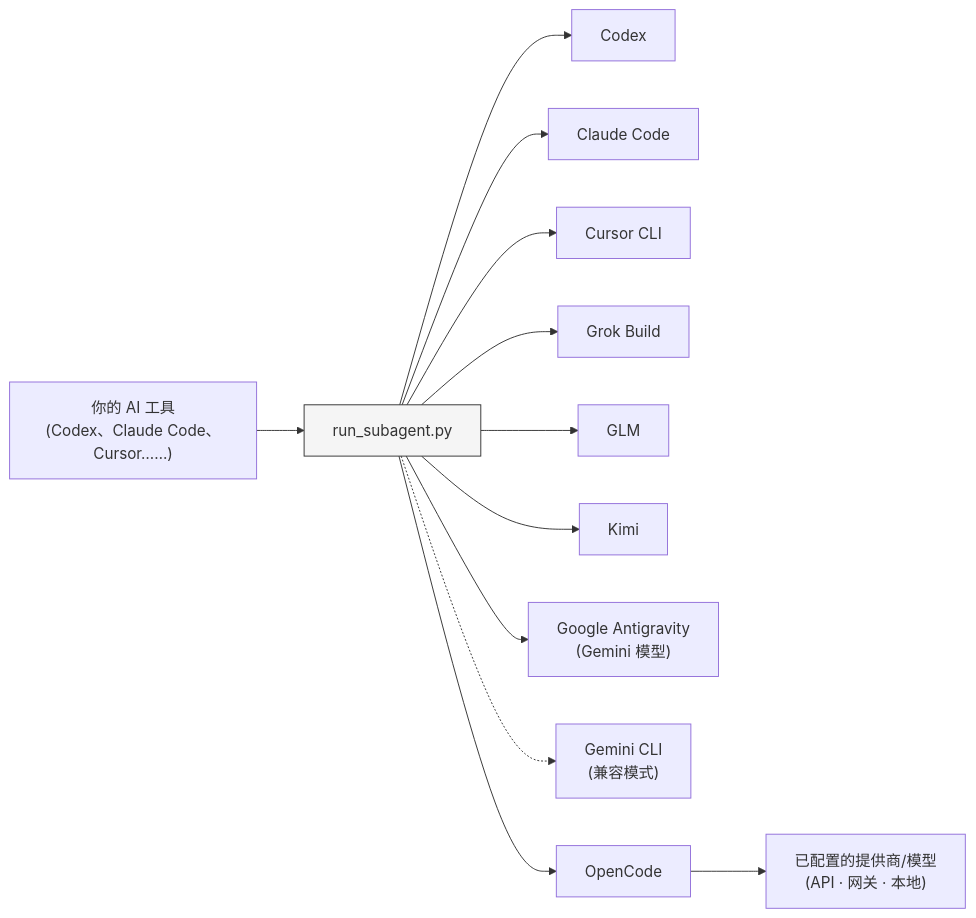
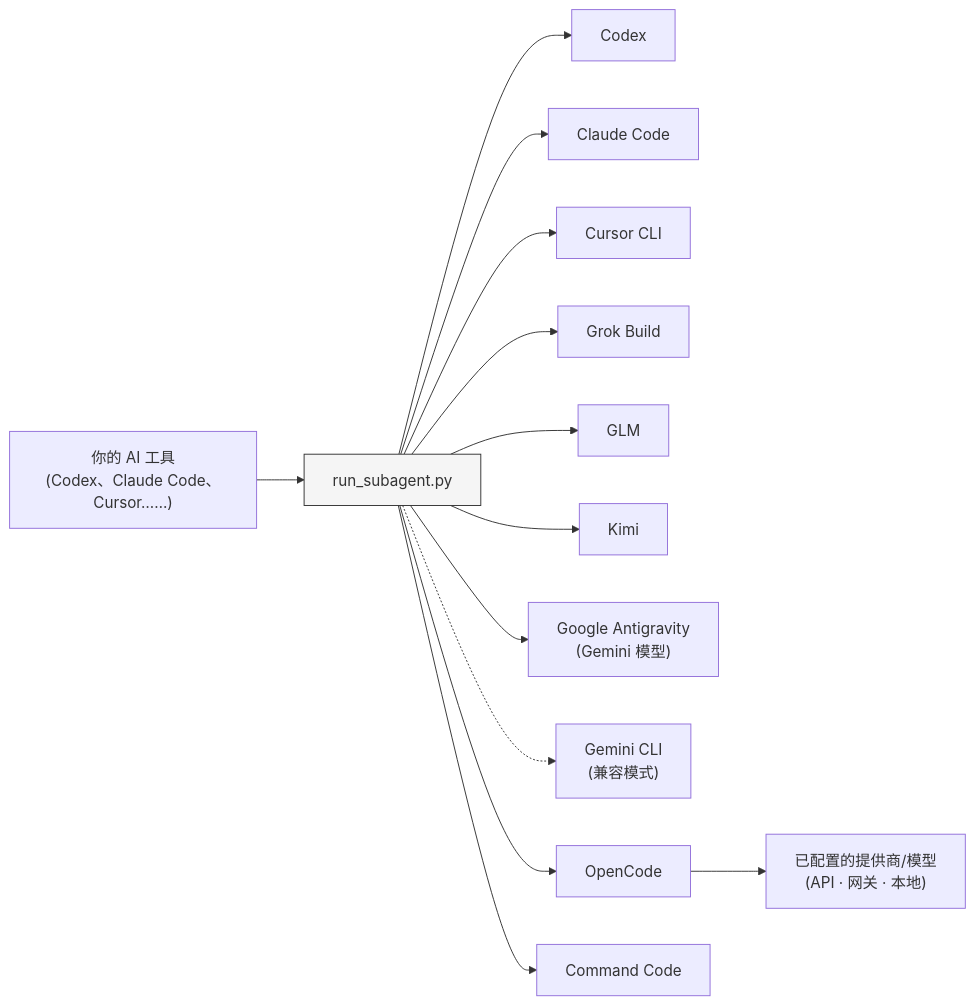
Before and after one commit to shinpr/sub-agents-skills: the diagram in README.zh-CN.md, drawn with Mermaid. The commit also changed other lines of this file and 21 other files, not shown here.

Commit message:
feat: add Command Code backend

````diff
--- a/README.zh-CN.md
+++ b/README.zh-CN.md
@@ -407,15 +418,16 @@
 ```mermaid
 graph LR
     A["你的 AI 工具<br/>(Codex、Claude Code、Cursor……)"] --> B["run_subagent.py"]
     B --> C["Codex"]
     B --> D["Claude Code"]
     B --> E["Cursor CLI"]
     B --> H["Grok Build"]
     B --> G["GLM"]
     B --> K["Kimi"]
     B --> F["Google Antigravity<br/>(Gemini 模型)"]
     B -.-> GM["Gemini CLI<br/>(兼容模式)"]
     B --> I["OpenCode"]
     I --> J["已配置的提供商/模型<br/>(API · 网关 · 本地)"]
+    B --> CC["Command Code"]
     style B fill:#f5f5f5,stroke:#333
 ```
````
